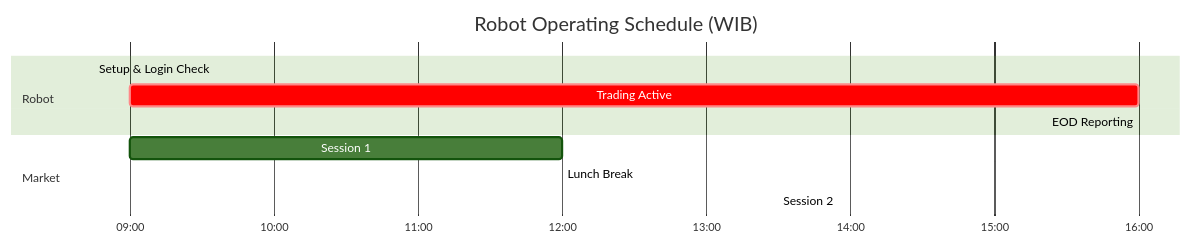
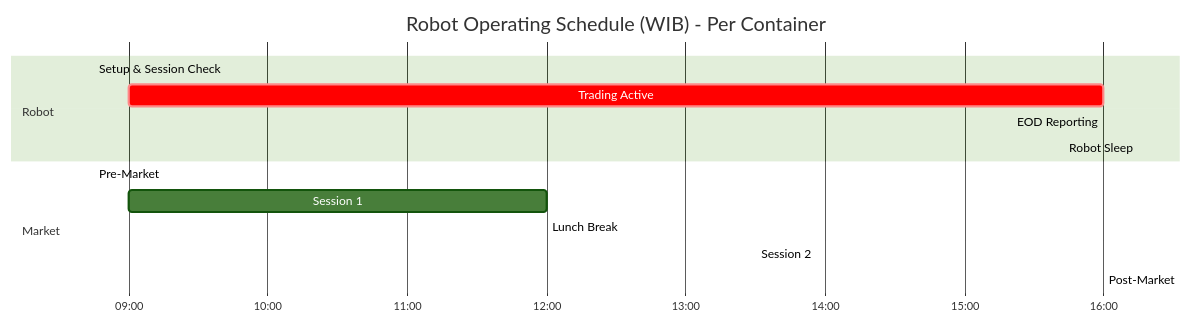
Before and after one commit to LukmanulHakim18/myVault: the fourth of 9 diagrams in 01-Projects/Trading-Robot/08-Concurrency-Model.md, drawn with Mermaid (forest theme). The commit also changed other lines of this file and 50 other files, not shown here.

````diff
--- a/01-Projects/Trading-Robot/08-Concurrency-Model.md
+++ b/01-Projects/Trading-Robot/08-Concurrency-Model.md
@@ -34,16 +113,19 @@
 ```mermaid
 gantt
-    title Robot Operating Schedule (WIB)
+    title Robot Operating Schedule (WIB) - Per Container
     dateFormat HH:mm
     axisFormat %H:%M
     
     section Robot
-    Setup & Login Check    :active, setup, 08:45, 15min
+    Setup & Session Check  :active, setup, 08:45, 15min
     Trading Active         :crit, trading, 09:00, 7h
     EOD Reporting          :active, eod, 16:00, 15min
+    Robot Sleep            :done, sleep, 16:15, 16h30min
     
     section Market
+    Pre-Market             :08:45, 15min
     Session 1              :09:00, 3h
     Lunch Break            :12:00, 1h30min
     Session 2              :13:30, 2h30min
+    Post-Market            :16:00, 15min
 ```
````
